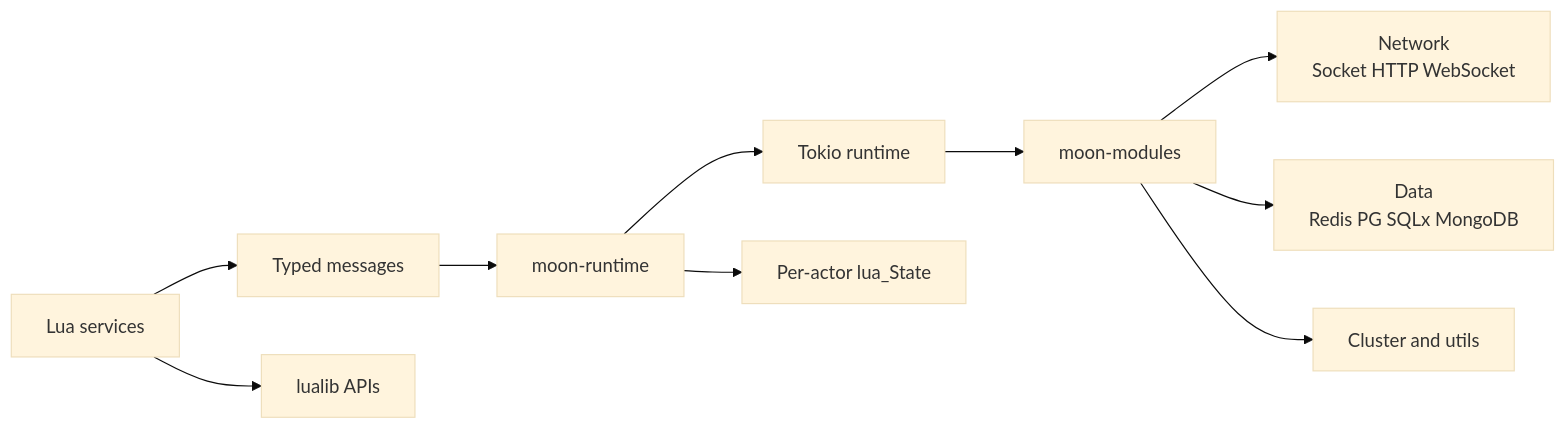
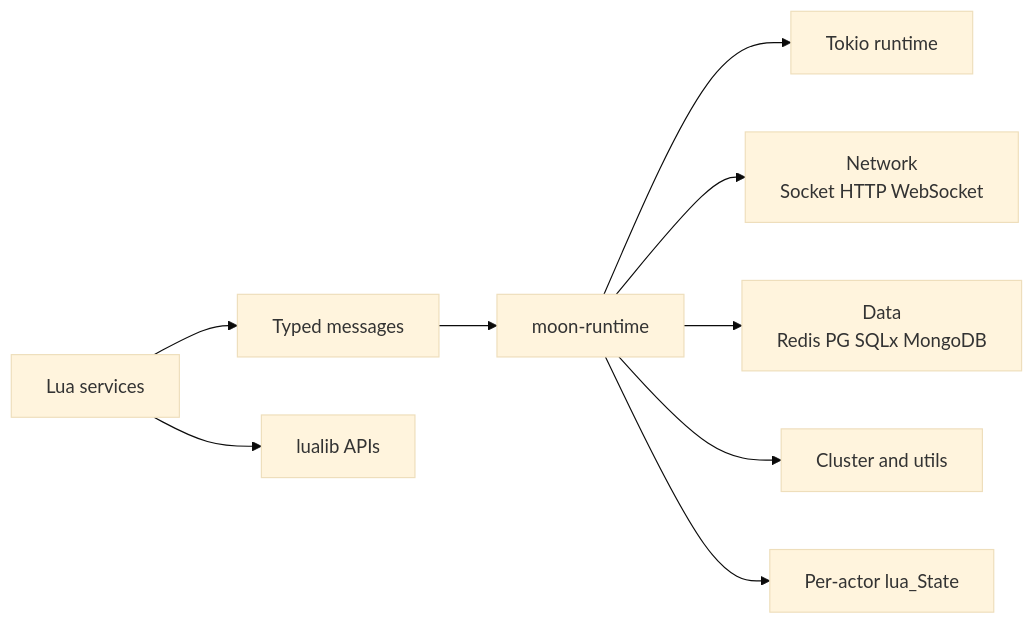
Before and after one commit to sniper00/moon_rs: the diagram in README.md, drawn with Mermaid (base theme). The commit also changed other lines of this file and 160 other files, not shown here.

````diff
--- a/README.md
+++ b/README.md
@@ -17,12 +17,11 @@
 ```mermaid
 flowchart LR
 	A[Lua services] --> B[Typed messages]
 	B --> C[moon-runtime]
 	C --> D[Tokio runtime]
-	D --> E[moon-modules]
-	E --> F[Network\nSocket HTTP WebSocket]
-	E --> G[Data\nRedis PG SQLx MongoDB]
-	E --> H[Cluster and utils]
+	C --> F[Network\nSocket HTTP WebSocket]
+	C --> G[Data\nRedis PG SQLx MongoDB]
+	C --> H[Cluster and utils]
 	C --> I[Per-actor lua_State]
 	A --> J[lualib APIs]
 ```
````
